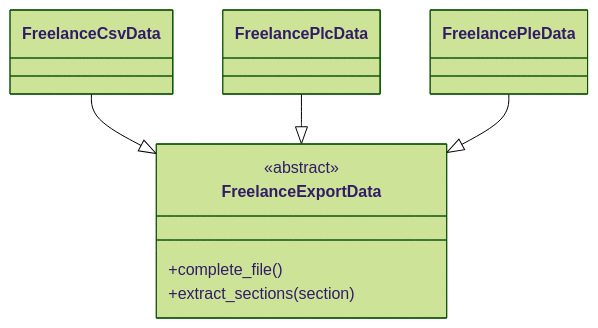
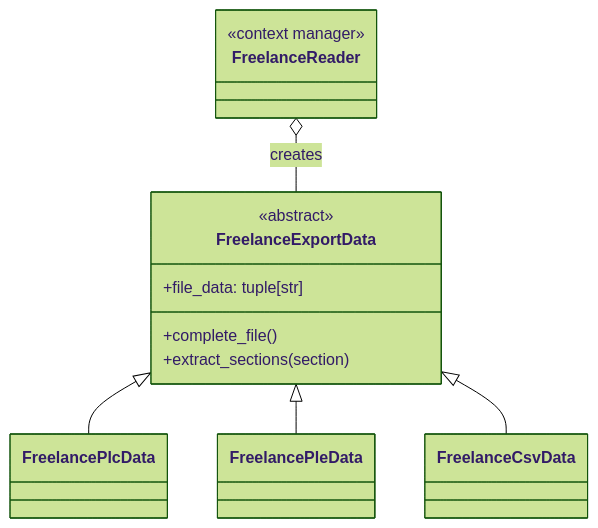
One commit to DarkJumper/FreelanceAPI changed the diagram in README.md. Above: the diagram before and after it, drawn with Mermaid (forest theme). The commit also changed other lines of this file and 1 other file, not shown here.

Commit message:
new features currently not tested

````diff
--- a/README.md
+++ b/README.md
@@ -162,11 +155,17 @@
 ```mermaid
 classDiagram
     class FreelanceExportData  {
         <<abstract>>
+        +file_data: tuple[str]
         +complete_file()
         +extract_sections(section)
     }
-    FreelanceCsvData --|> FreelanceExportData
-    FreelancePlcData --|> FreelanceExportData
-    FreelancePleData --|> FreelanceExportData
+    
+    class FreelanceReader  {
+        <<context manager>>
+    }
+    FreelanceReader o-- FreelanceExportData : creates
+    FreelanceExportData <|-- FreelancePlcData
+    FreelanceExportData <|-- FreelancePleData
+    FreelanceExportData <|-- FreelanceCsvData
 ```
````
